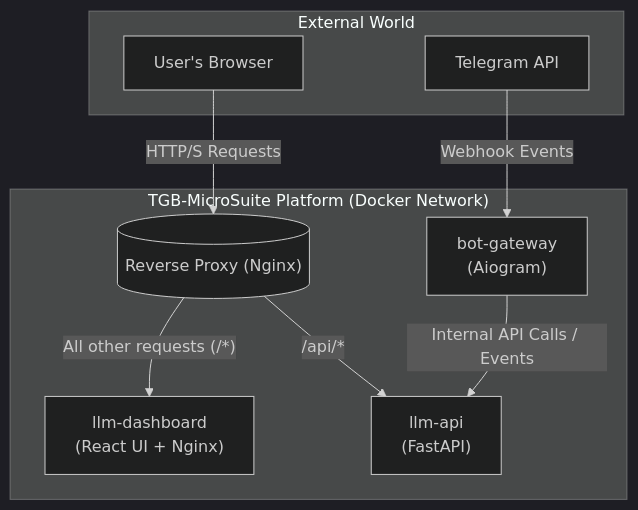
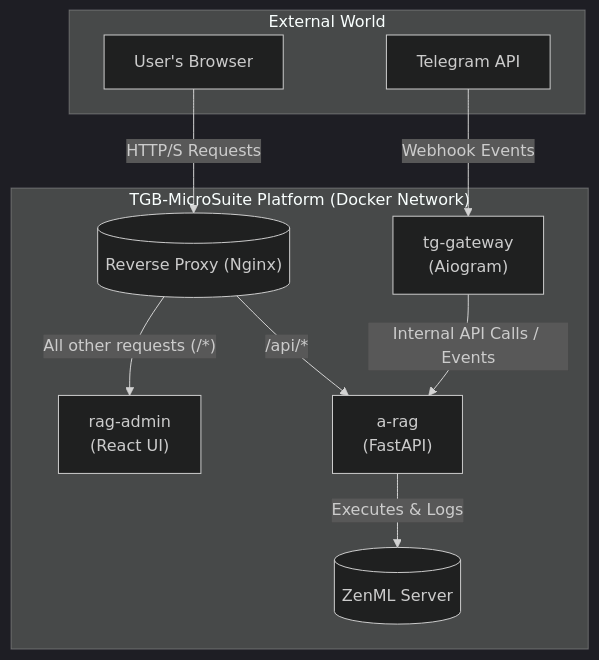
One commit to maxzaikin/TGB-MicroSuite changed the diagram in README.md. Above: the diagram before and after it, drawn with Mermaid (dark theme). The commit also changed other lines of this file and 12 other files, not shown here.

````diff
--- a/README.md
+++ b/README.md
@@ -47,32 +46,35 @@
 ```mermaid
 graph TD
     %% 1. Define all nodes first
     User["User's Browser"]
     TelegramAPI["Telegram API"]
     Proxy[("Reverse Proxy (Nginx)")]
-    Dashboard["llm-dashboard<br>(React UI + Nginx)"]
-    API["llm-api<br>(FastAPI)"]
-    Gateway["bot-gateway<br>(Aiogram)"]
+    Dashboard["rag-admin<br>(React UI)"]
+    API["a-rag<br>(FastAPI)"]
+    Gateway["tg-gateway<br>(Aiogram)"]
+    ZenML[("ZenML Server")]
 
     %% 2. Group nodes into subgraphs
     subgraph "External World"
         User
         TelegramAPI
     end
 
     subgraph "TGB-MicroSuite Platform (Docker Network)"
         Proxy
         Dashboard
         API
         Gateway
+        ZenML
     end
 
     %% 3. Define all connections between nodes
     User -- "HTTP/S Requests" --> Proxy
     
     Proxy -- "/api/*" --> API
     Proxy -- "All other requests (/*)" --> Dashboard
     
     TelegramAPI -- "Webhook Events" --> Gateway
     Gateway -- "Internal API Calls / Events" --> API
+    API -- "Executes & Logs" --> ZenML
 ```
````
